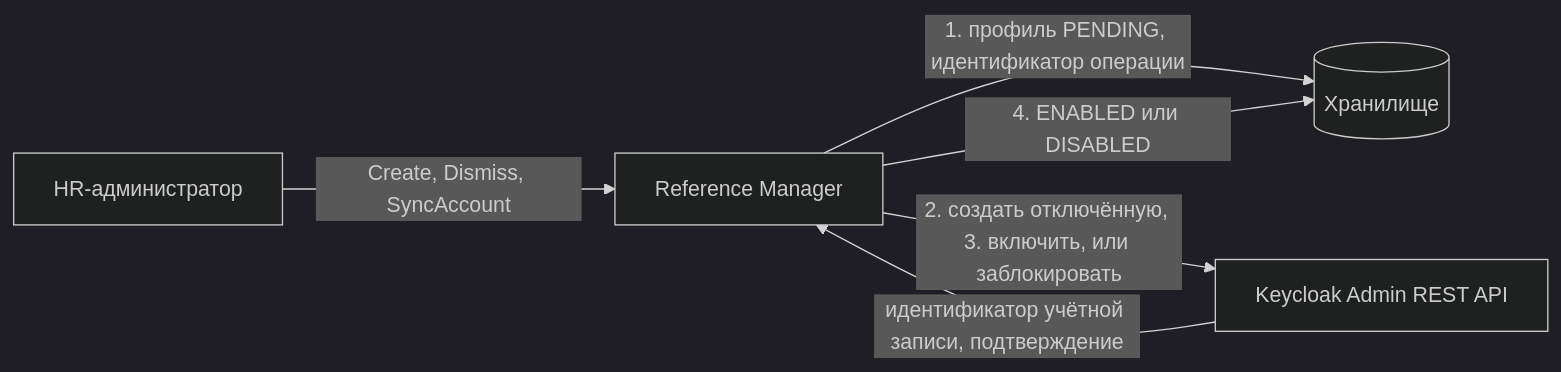
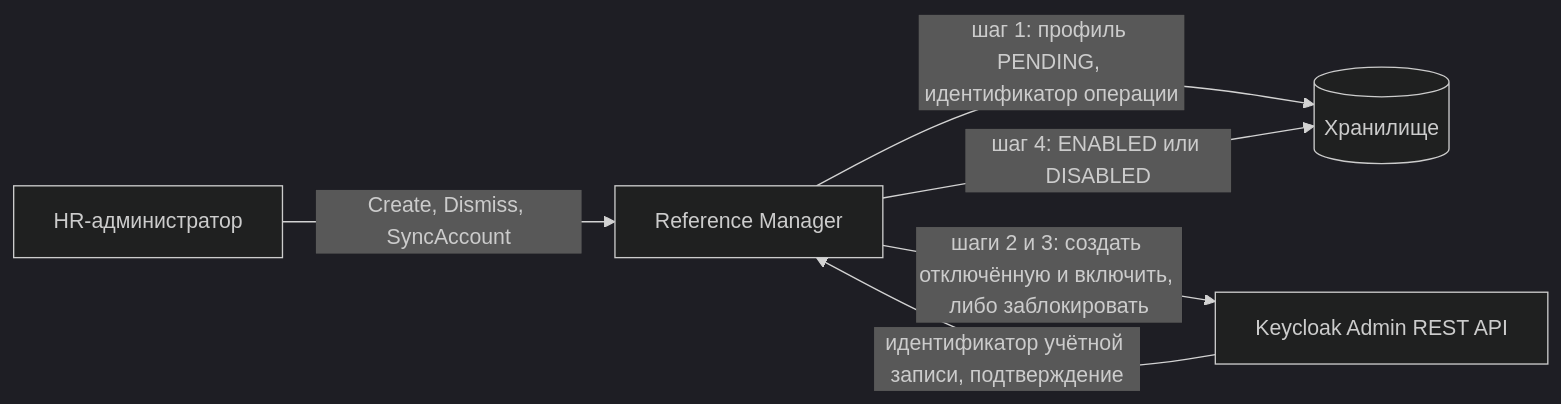
Before and after one commit to MEPhI-C22-501/arch-info-system-monorepo: the second of 5 diagrams in reference-manager/documents/162.integration-solution.md, drawn with Mermaid (dark theme).

Commit message:
docs(reference-manager): reword numbered edge labels in the 162 account diagram
Labels that start with a number and a dot can be read as a markdown list
by the diagram renderer. All 41 diagrams of the set parse with mermaid
12.1.0.

````diff
--- a/reference-manager/documents/162.integration-solution.md
+++ b/reference-manager/documents/162.integration-solution.md
@@ -51,8 +51,8 @@
 ```mermaid
 flowchart LR
     HR["HR-администратор"] -->|"Create, Dismiss, SyncAccount"| RM["Reference Manager"]
-    RM -->|"1. профиль PENDING, идентификатор операции"| DB[("Хранилище")]
-    RM -->|"2. создать отключённую, 3. включить, или заблокировать"| KC["Keycloak Admin REST API"]
+    RM -->|"шаг 1: профиль PENDING, идентификатор операции"| DB[("Хранилище")]
+    RM -->|"шаги 2 и 3: создать отключённую и включить, либо заблокировать"| KC["Keycloak Admin REST API"]
     KC -->|"идентификатор учётной записи, подтверждение"| RM
-    RM -->|"4. ENABLED или DISABLED"| DB
+    RM -->|"шаг 4: ENABLED или DISABLED"| DB
 ```
````
